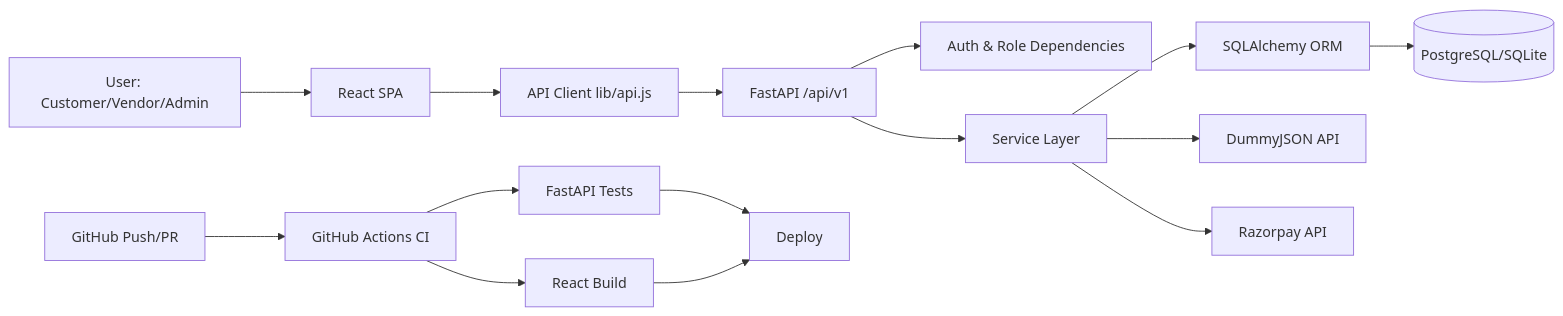
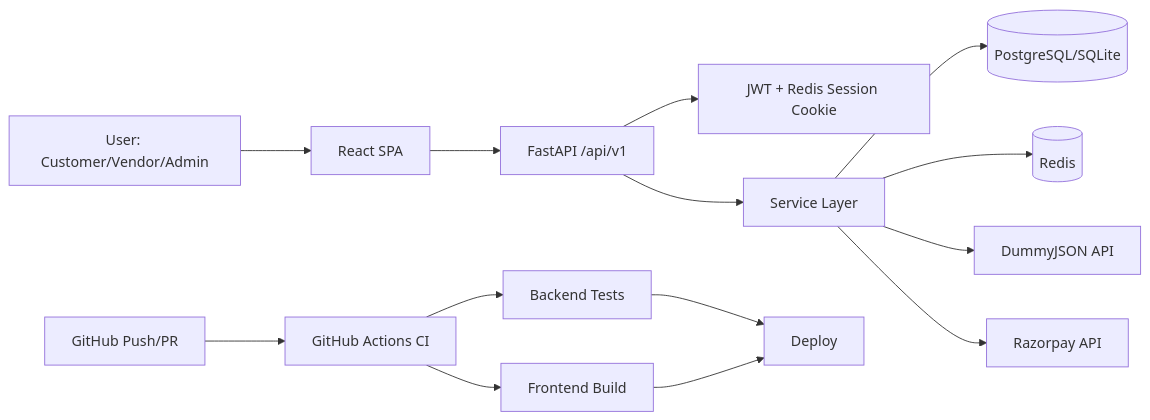
One commit to samuelpondugala/fastapi-react-ecom changed the diagram in presentation.md. Above: the diagram before and after it, drawn with Mermaid. The commit also changed other lines of this file and 5 other files, not shown here.

Commit message:
Refactor README and presentation materials for clarity and conciseness; enhance FastAPI backend documentation, improve React frontend structure, and update presentation slides to better reflect project objectives and outcomes.

````diff
--- a/presentation.md
+++ b/presentation.md
@@ -120,18 +94,17 @@
 ```mermaid
 flowchart LR
-    U[User: Customer/Vendor/Admin] --> R[React SPA]
-    R --> A[API Client lib/api.js]
-    A --> F[FastAPI /api/v1]
-    F --> D[Auth & Role Dependencies]
-    F --> S[Service Layer]
-    S --> O[SQLAlchemy ORM]
-    O --> P[(PostgreSQL/SQLite)]
-    S --> X[DummyJSON API]
-    S --> Z[Razorpay API]
+    U[User: Customer/Vendor/Admin] --> FE[React SPA]
+    FE --> API[FastAPI /api/v1]
+    API --> AUTH[JWT + Redis Session Cookie]
+    API --> SVC[Service Layer]
+    SVC --> DB[(PostgreSQL/SQLite)]
+    SVC --> R[(Redis)]
+    SVC --> DJ[DummyJSON API]
+    SVC --> RP[Razorpay API]
 
-    G[GitHub Push/PR] --> C[GitHub Actions CI]
-    C --> T[FastAPI Tests]
-    C --> B[React Build]
-    T --> DEP[Deploy]
-    B --> DEP
+    G[GitHub Push/PR] --> CI[GitHub Actions CI]
+    CI --> T1[Backend Tests]
+    CI --> T2[Frontend Build]
+    T1 --> DEPLOY[Deploy]
+    T2 --> DEPLOY
 ```
````
